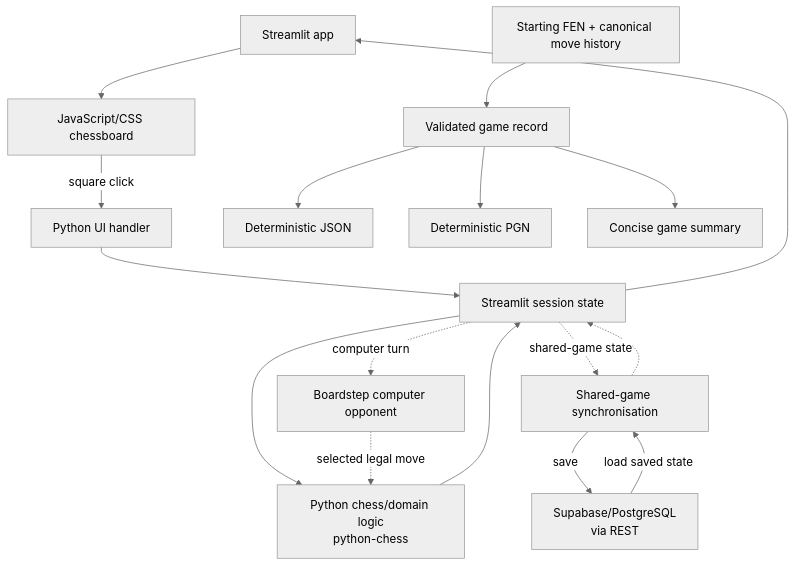
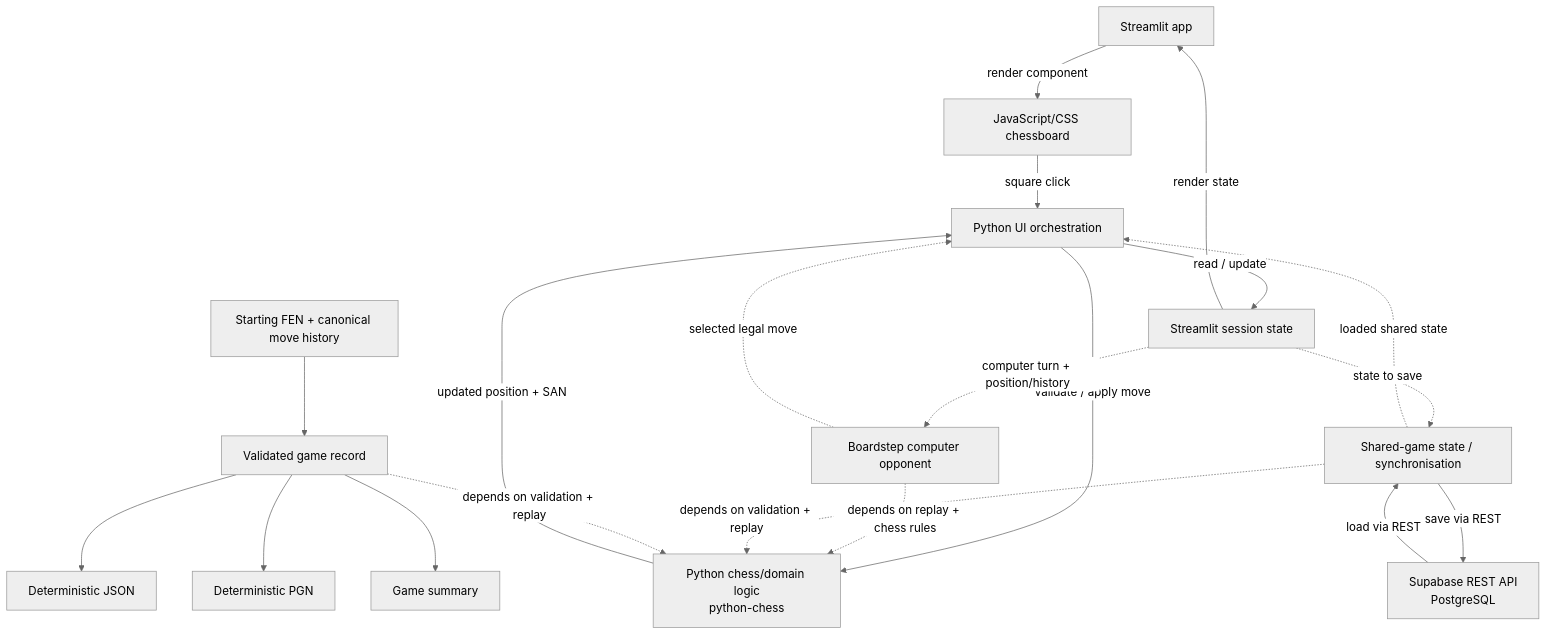
The diagram in README.md (NikolayAir/Boardstep), drawn with Mermaid (neutral theme) before and after one commit. The commit also changed other lines of this file and 4 other files, not shown here.

````diff
--- a/README.md
+++ b/README.md
@@ -22,23 +22,26 @@
 ```mermaid
 flowchart TB
-    UI["Streamlit app"] --> Board["JavaScript/CSS chessboard"]
-    Board -->|"square click"| Handler["Python UI handler"]
-    Handler --> State["Streamlit session state"]
+    UI["Streamlit app"] -->|"render component"| Board["JavaScript/CSS chessboard"]
+    Board -->|"square click"| Handler["Python UI orchestration"]
+    Handler -->|"read / update"| State["Streamlit session state"]
+    State -->|"render state"| UI
 
-    State --> Rules["Python chess/domain logic<br/>python-chess"]
-    Rules --> State
-    State --> UI
+    Handler -->|"validate / apply move"| Rules["Python chess/domain logic<br/>python-chess"]
+    Rules -->|"updated position + SAN"| Handler
 
-    State -. "computer turn" .-> Computer["Boardstep computer opponent"]
-    Computer -. "selected legal move" .-> Rules
+    State -. "computer turn + position/history" .-> Computer["Boardstep computer opponent"]
+    Computer -. "selected legal move" .-> Handler
+    Computer -. "depends on replay + chess rules" .-> Rules
 
-    State -. "shared-game state" .-> Sync["Shared-game synchronisation"]
-    Sync -->|"save"| Storage["Supabase/PostgreSQL<br/>via REST"]
-    Storage -->|"load saved state"| Sync
-    Sync -.-> State
+    State -. "state to save" .-> Sync["Shared-game state / synchronisation"]
+    Sync -->|"save via REST"| Storage["Supabase REST API<br/>PostgreSQL"]
+    Storage -->|"load via REST"| Sync
+    Sync -. "loaded shared state" .-> Handler
+    Sync -. "depends on validation + replay" .-> Rules
 
     History["Starting FEN + canonical move history"] --> Record["Validated game record"]
+    Record -. "depends on validation + replay" .-> Rules
     Record --> JSON["Deterministic JSON"]
     Record --> PGN["Deterministic PGN"]
-    Record --> Summary["Concise game summary"]
+    Record --> Summary["Game summary"]
 ```
````
